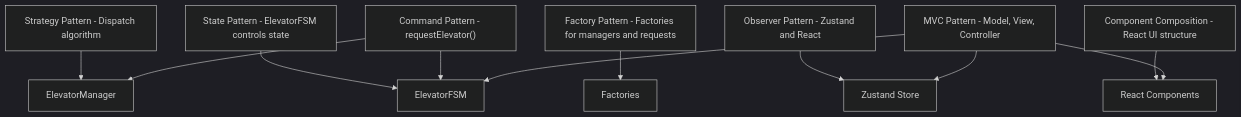
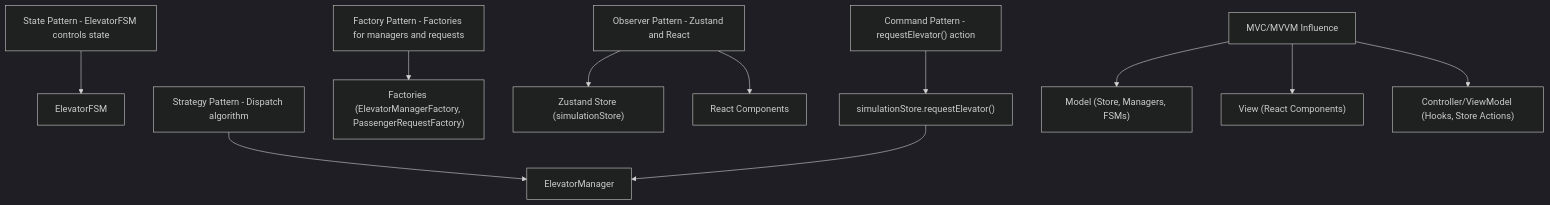
The first of 6 diagrams in README.md (shammaihamilton/elevator-simulator), drawn with Mermaid (dark theme) before and after one commit. The commit also changed other lines of this file, not shown here.

````diff
--- a/README.md
+++ b/README.md
@@ -35,13 +104,14 @@
 ```mermaid
 graph TD
-State["State Pattern - ElevatorFSM controls state"] --> FSM["ElevatorFSM"]
-Strategy["Strategy Pattern - Dispatch algorithm"] --> Manager["ElevatorManager"]
-Factory["Factory Pattern - Factories for managers and requests"] --> Factories["Factories"]
-Observer["Observer Pattern - Zustand and React"] --> Zustand["Zustand Store"]
-Composition["Component Composition - React UI structure"] --> React["React Components"]
-Command["Command Pattern - requestElevator()"] --> Manager
-Command --> FSM
-MVC["MVC Pattern - Model, View, Controller"] --> FSM
-MVC --> React
-MVC --> Zustand
+    State["State Pattern - ElevatorFSM controls state"] --> FSM["ElevatorFSM"]
+    Strategy["Strategy Pattern - Dispatch algorithm"] --> Manager["ElevatorManager"]
+    Factory["Factory Pattern - Factories for managers and requests"] --> Factories["Factories (ElevatorManagerFactory, PassengerRequestFactory)"]
+    Observer["Observer Pattern - Zustand and React"] --> Zustand["Zustand Store (simulationStore)"]
+    Observer --> React["React Components"]
+    Command["Command Pattern - requestElevator() action"] --> StoreFunc["simulationStore.requestElevator()"]
+    StoreFunc --> Manager
+    MVC["MVC/MVVM Influence"]
+    MVC --> Model["Model (Store, Managers, FSMs)"]
+    MVC --> View["View (React Components)"]
+    MVC --> ControllerVM["Controller/ViewModel (Hooks, Store Actions)"]
 ```
````
